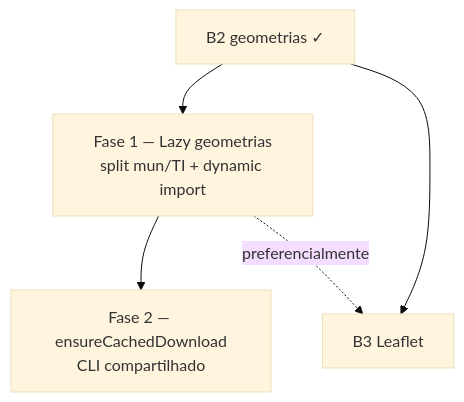
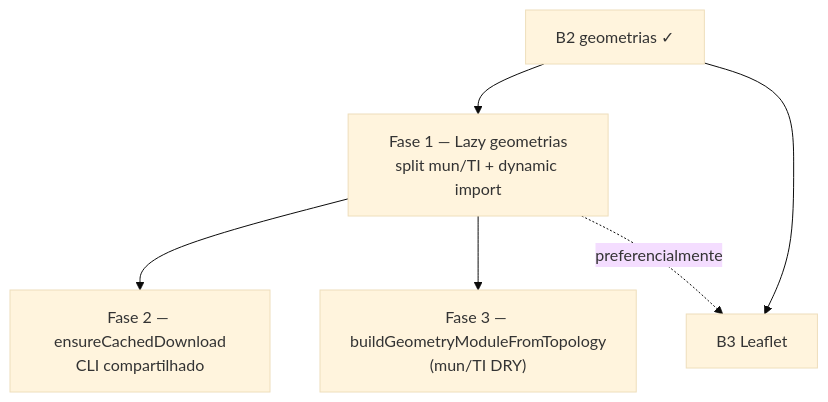
One commit to fsolla/teqo changed the diagram in docs/plans/escala-dry-pos-b2.md. Above: the diagram before and after it, drawn with Mermaid (base theme). The commit also changed other lines of this file and 35 other files, not shown here.

````diff
--- a/docs/plans/escala-dry-pos-b2.md
+++ b/docs/plans/escala-dry-pos-b2.md
@@ -42,8 +43,9 @@
 ```mermaid
 flowchart TD
     B2["B2 geometrias ✓"] --> F1
     F1["Fase 1 — Lazy geometrias<br/>split mun/TI + dynamic import"]
     F1 --> F2["Fase 2 — ensureCachedDownload<br/>CLI compartilhado"]
+    F1 --> F3["Fase 3 — buildGeometryModuleFromTopology<br/>(mun/TI DRY)"]
     F1 -.preferencialmente.-> B3["B3 Leaflet"]
     B2 --> B3
 ```
````
